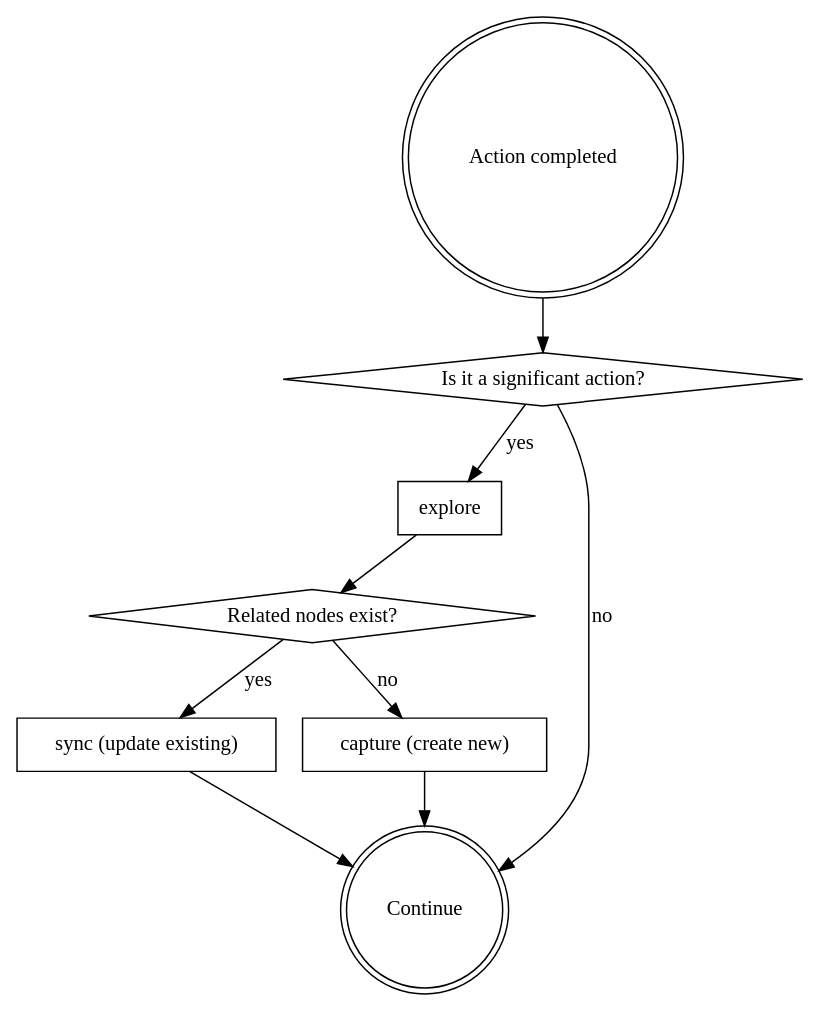
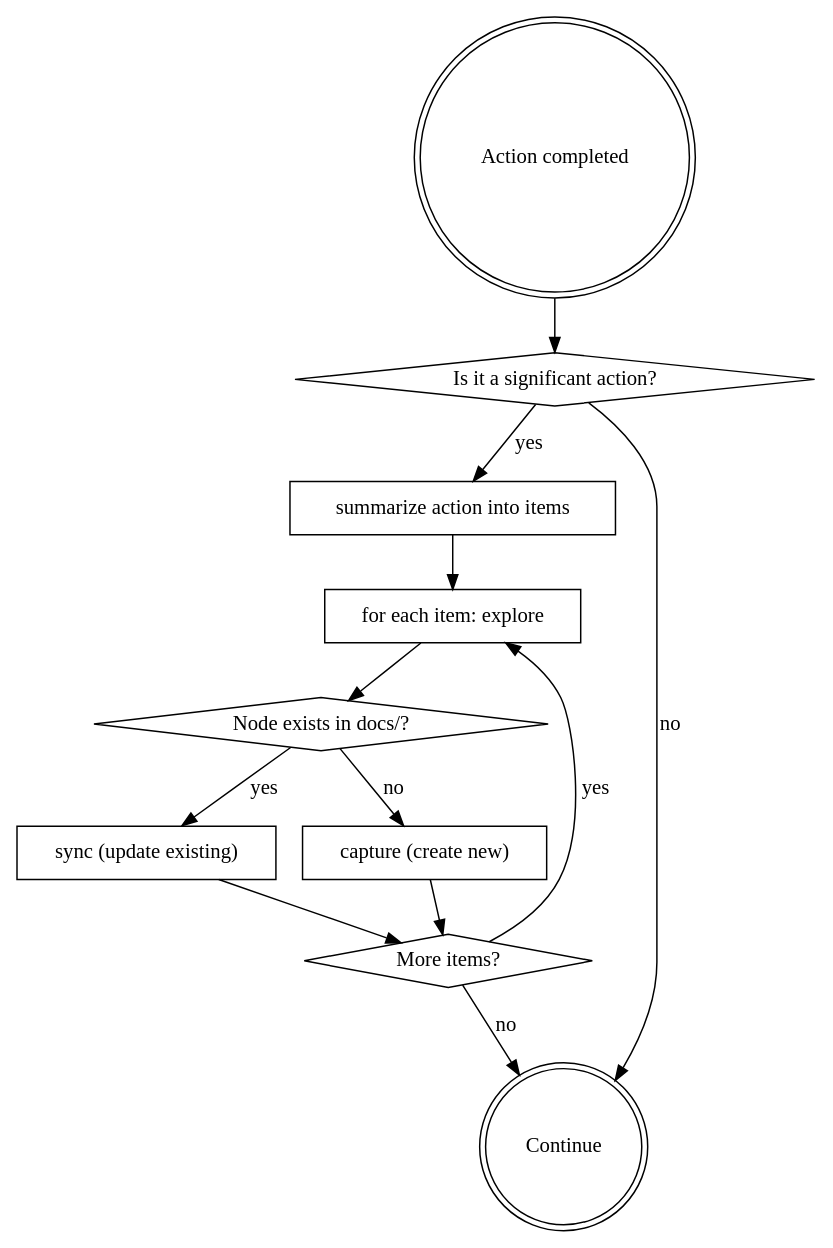
Before and after one commit to Curt-Park/autology: the diagram in skills/router/SKILL.md, drawn with Graphviz. The commit also changed other lines of this file, not shown here.

Commit message:
refactor: per-item routing — summarize action, then explore each item independently
Each action produces multiple knowledge items. For each item:
- explore → node exists? → sync
- explore → no node?   → capture

Both sync and capture can occur from the same action for different items.
Flowchart adds summarize → per-item loop with More items? back-edge.

````diff
--- a/skills/router/SKILL.md
+++ b/skills/router/SKILL.md
@@ -41,20 +46,25 @@
 ```dot
 digraph router {
   "Action completed" [shape=doublecircle];
   "Is it a significant action?" [shape=diamond];
-  "explore" [shape=box];
-  "Related nodes exist?" [shape=diamond];
+  "summarize action into items" [shape=box];
+  "for each item: explore" [shape=box];
+  "Node exists in docs/?" [shape=diamond];
   "sync (update existing)" [shape=box];
   "capture (create new)" [shape=box];
+  "More items?" [shape=diamond];
   "Continue" [shape=doublecircle];
 
   "Action completed" -> "Is it a significant action?";
-  "Is it a significant action?" -> "explore" [label="yes"];
+  "Is it a significant action?" -> "summarize action into items" [label="yes"];
   "Is it a significant action?" -> "Continue" [label="no"];
-  "explore" -> "Related nodes exist?";
-  "Related nodes exist?" -> "sync (update existing)" [label="yes"];
-  "Related nodes exist?" -> "capture (create new)" [label="no"];
-  "sync (update existing)" -> "Continue";
-  "capture (create new)" -> "Continue";
+  "summarize action into items" -> "for each item: explore";
+  "for each item: explore" -> "Node exists in docs/?";
+  "Node exists in docs/?" -> "sync (update existing)" [label="yes"];
+  "Node exists in docs/?" -> "capture (create new)" [label="no"];
+  "sync (update existing)" -> "More items?";
+  "capture (create new)" -> "More items?";
+  "More items?" -> "for each item: explore" [label="yes"];
+  "More items?" -> "Continue" [label="no"];
 }
 ```
````
